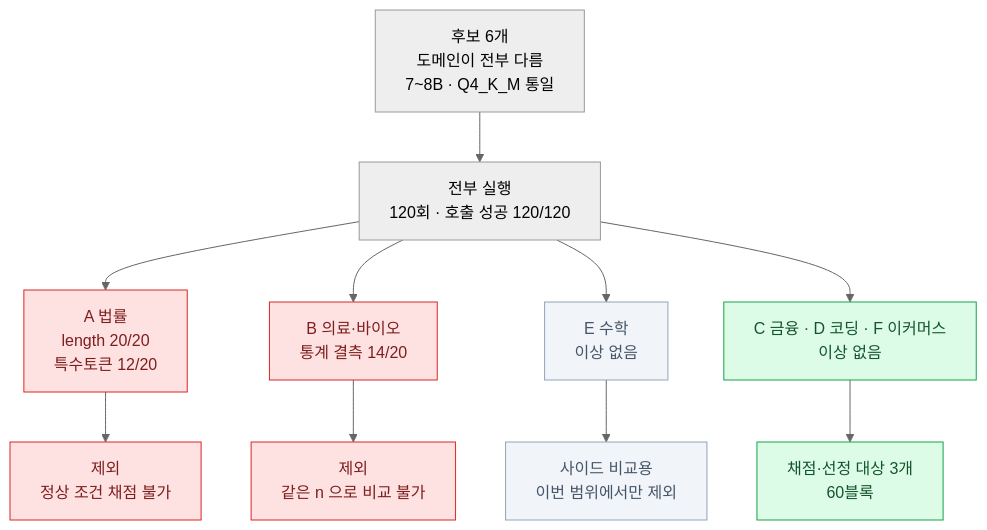
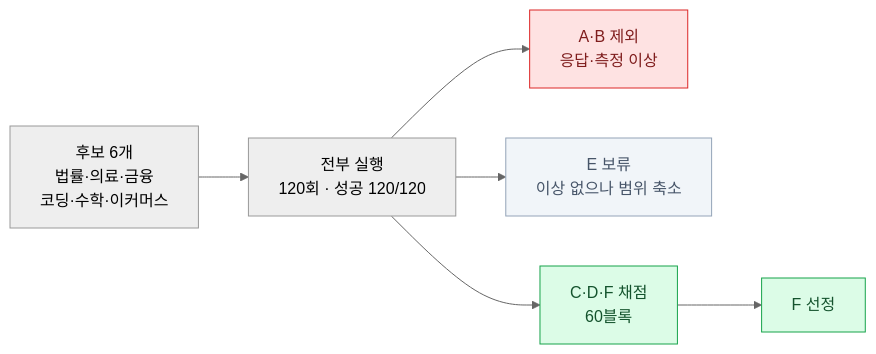
Before and after one commit to ho-yu/kant-llm-project-01: the second of 2 diagrams in README.md, drawn with Mermaid (neutral theme). The commit also changed other lines of this file, not shown here.

````diff
--- a/README.md
+++ b/README.md
@@ -190,22 +94,15 @@
 ```mermaid
-flowchart TD
-    ALL["후보 6개<br/>도메인이 전부 다름<br/>7~8B · Q4_K_M 통일"]
-    ALL --> RUN["전부 실행<br/>120회 · 호출 성공 120/120"]
+flowchart LR
+    ALL["후보 6개<br/>법률·의료·금융<br/>코딩·수학·이커머스"] --> RUN["전부 실행<br/>120회 · 성공 120/120"]
+    RUN --> DROP["A·B 제외<br/>응답·측정 이상"]
+    RUN --> HOLD["E 보류<br/>이상 없으나 범위 축소"]
+    RUN --> KEEP["C·D·F 채점<br/>60블록"]
+    KEEP --> SEL["F 선정"]
 
-    RUN --> A["A 법률<br/>length 20/20<br/>특수토큰 12/20"]
-    RUN --> B["B 의료·바이오<br/>통계 결측 14/20"]
-    RUN --> E["E 수학<br/>이상 없음"]
-    RUN --> CDF["C 금융 · D 코딩 · F 이커머스<br/>이상 없음"]
-
-    A --> X1["제외<br/>정상 조건 채점 불가"]
-    B --> X2["제외<br/>같은 n 으로 비교 불가"]
-    E --> X3["사이드 비교용<br/>이번 범위에서만 제외"]
-    CDF --> SEL["채점·선정 대상 3개<br/>60블록"]
-
-    classDef keep fill:#dcfce7,stroke:#16a34a,color:#14532d
-    classDef drop fill:#fee2e2,stroke:#dc2626,color:#7f1d1d
-    classDef hold fill:#f1f5f9,stroke:#94a3b8,color:#475569
-    class CDF,SEL keep
-    class A,B,X1,X2 drop
-    class E,X3 hold
+    classDef k fill:#dcfce7,stroke:#16a34a,color:#14532d
+    classDef d fill:#fee2e2,stroke:#dc2626,color:#7f1d1d
+    classDef h fill:#f1f5f9,stroke:#94a3b8,color:#475569
+    class KEEP,SEL k
+    class DROP d
+    class HOLD h
 ```
````
